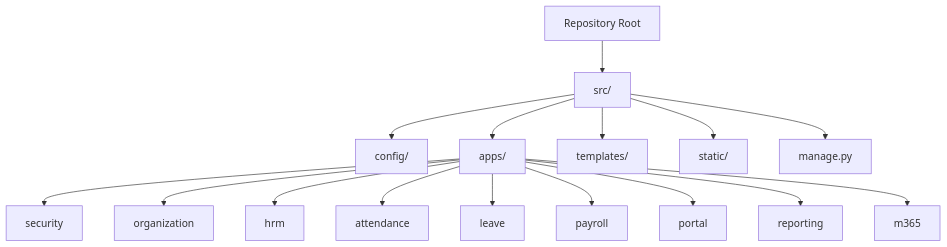
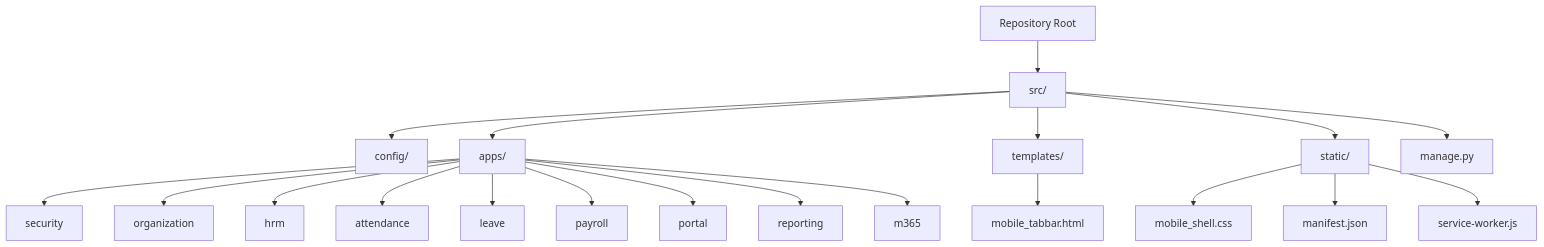
Before and after one commit to dinhtanhb/QLHCNS: the first of 13 diagrams in .qoder/repowiki/en/content/Project Overview.md, drawn with Mermaid. The commit also changed other lines of this file and 98 other files, not shown here.

````diff
--- a/.qoder/repowiki/en/content/Project Overview.md
+++ b/.qoder/repowiki/en/content/Project Overview.md
@@ -56,18 +72,22 @@
 ```mermaid
 graph TB
 Root["Repository Root"] --> Src["src/"]
 Src --> Config["config/"]
 Src --> Apps["apps/"]
 Src --> Templates["templates/"]
 Src --> Static["static/"]
 Src --> Manage["manage.py"]
 Apps --> Security["security"]
 Apps --> Organization["organization"]
 Apps --> Hrm["hrm"]
 Apps --> Attendance["attendance"]
 Apps --> Leave["leave"]
 Apps --> Payroll["payroll"]
 Apps --> Portal["portal"]
 Apps --> Reporting["reporting"]
 Apps --> M365["m365"]
+Static --> MobileShell["mobile_shell.css"]
+Static --> Manifest["manifest.json"]
+Static --> ServiceWorker["service-worker.js"]
+Templates --> MobileTabbar["mobile_tabbar.html"]
 ```
````
